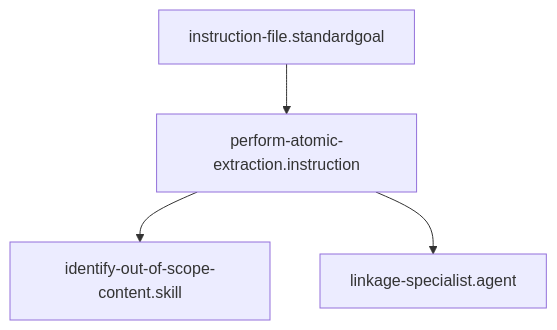
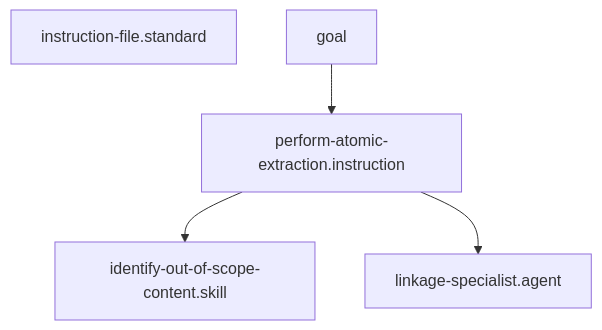
One commit to Gizmo4Life/ai-kernel changed the diagram in instructions/perform-atomic-extraction.instruction.md. Above: the diagram before and after it, drawn with Mermaid. The commit also changed other lines of this file and 101 other files, not shown here.

````diff
--- a/instructions/perform-atomic-extraction.instruction.md
+++ b/instructions/perform-atomic-extraction.instruction.md
@@ -22,6 +22,7 @@
 ```mermaid
 graph TD
-    instruction-file.standardgoal --> perform-atomic-extraction.instruction
+    instruction-file.standard
+goal --> perform-atomic-extraction.instruction
     perform-atomic-extraction.instruction --> identify-out-of-scope-content[identify-out-of-scope-content.skill]
     perform-atomic-extraction.instruction --> linkage-specialist.agent[linkage-specialist.agent]
 ```
````
